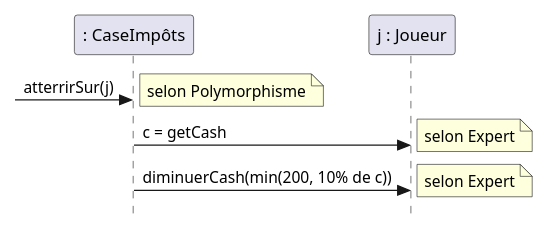
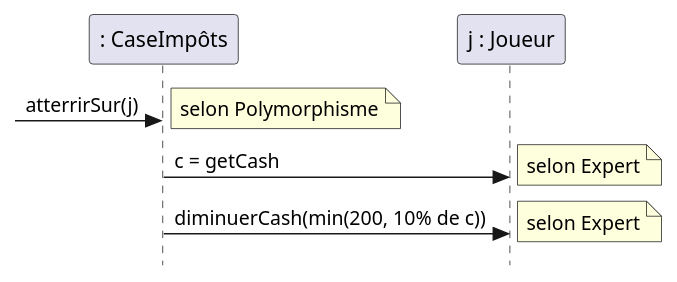
Before and after one commit to fuhrmanator/log210-ndc-quarto: the fifth of 6 diagrams in Exercices.qmd, drawn with PlantUML. The commit also changed other lines of this file, not shown here.

````diff
--- a/Exercices.qmd
+++ b/Exercices.qmd
@@ -134,14 +135,12 @@
-```{.plantuml}
-@startuml
-skinparam style strictuml
-scale 0.8
-participant ": CaseImpôts" as im
-participant "j : Joueur" as j
--> im : atterrirSur(j)
-note left: selon Polymorphisme
-im -> j : c = getCash
-note right : selon Expert
-im -> j : diminuerCash(min(200, 10% de c))
-note right : selon Expert
-@enduml
-```
+    @startuml
+    skinparam style strictuml
+    scale 1.0
+    participant ": CaseImpôts" as im
+    participant "j : Joueur" as j
+    -> im : atterrirSur(j)
+    note left: selon Polymorphisme
+    im -> j : c = getCash
+    note right : selon Expert
+    im -> j : diminuerCash(min(200, 10% de c))
+    note right : selon Expert
+    @enduml
````
